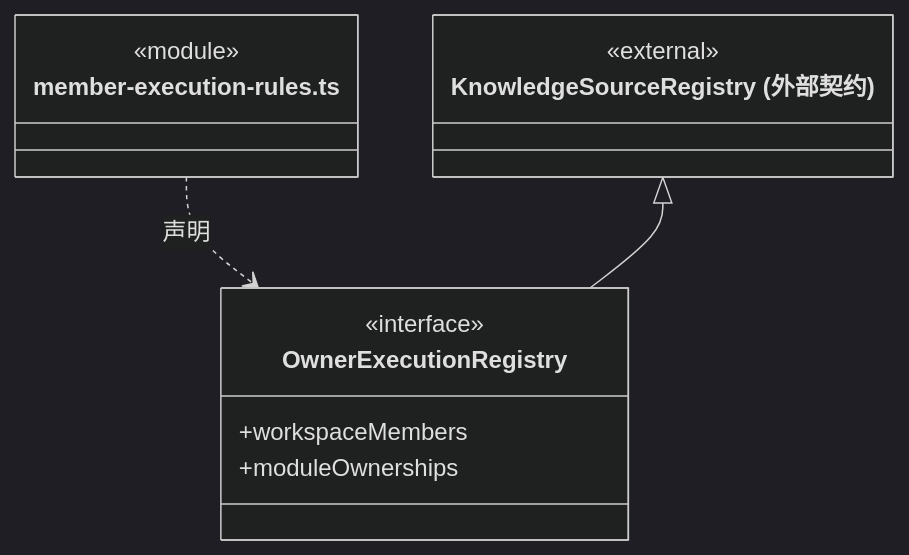
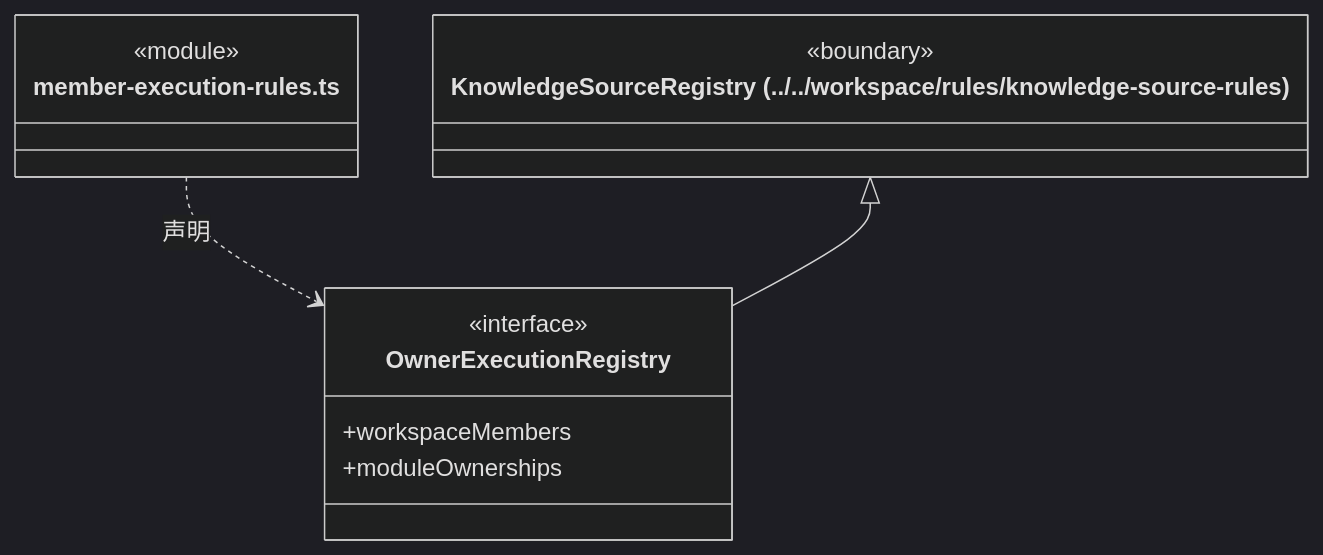
One commit to nan023062/cbim changed diagram 11 of 34 in src/logic/team/rules/ARCHITECTURE.md. Above: the diagram before and after it, drawn with Mermaid (dark theme). The commit also changed other lines of this file and 112 other files, not shown here.

Commit message:
docs: align source architecture with current declarations and contracts

````diff
--- a/src/logic/team/rules/ARCHITECTURE.md
+++ b/src/logic/team/rules/ARCHITECTURE.md
@@ -513,16 +513,16 @@
 ```mermaid
 classDiagram
 class N_src_logic_team_rules_member_execution_rules_ts["member-execution-rules.ts"] {
   <<module>>
 }
 class N_src_logic_team_rules_member_execution_rules_ts_OwnerExecutionRegistry["OwnerExecutionRegistry"] {
   <<interface>>
   +workspaceMembers
   +moduleOwnerships
 }
 N_src_logic_team_rules_member_execution_rules_ts ..> N_src_logic_team_rules_member_execution_rules_ts_OwnerExecutionRegistry : 声明
-class N_src_logic_team_rules_member_execution_rules_ts_external_KnowledgeSourceRegistry["KnowledgeSourceRegistry (外部契约)"] {
-  <<external>>
+class N_src_logic_team_rules_member_execution_rules_ts_external_KnowledgeSourceRegistry["KnowledgeSourceRegistry (../../workspace/rules/knowledge-source-rules)"] {
+  <<boundary>>
 }
 N_src_logic_team_rules_member_execution_rules_ts_external_KnowledgeSourceRegistry <|-- N_src_logic_team_rules_member_execution_rules_ts_OwnerExecutionRegistry
 ```
````
